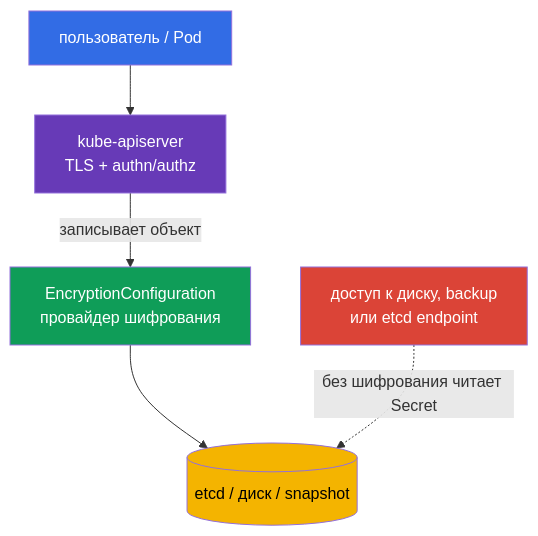
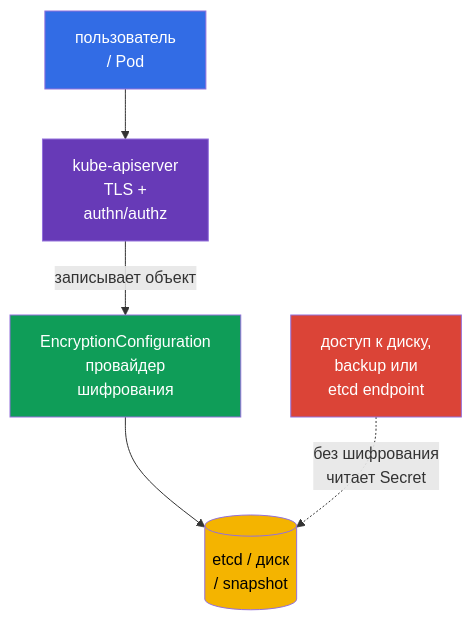
Before and after one commit to ViktorUJ/cks: the first of 4 diagrams in tasks/cks/course/21/ru.md, drawn with Mermaid. The commit also changed other lines of this file and 6 other files, not shown here.

````diff
--- a/tasks/cks/course/21/ru.md
+++ b/tasks/cks/course/21/ru.md
@@ -35,12 +35,12 @@
 ```mermaid
 flowchart TB
-    user["пользователь / Pod"] --> api["kube-apiserver<br/>TLS + authn/authz"]
-    api -->|"записывает объект"| enc["EncryptionConfiguration<br/>провайдер шифрования"]
-    enc --> etcd[("etcd / диск / snapshot")]
-    attacker["доступ к диску, backup<br/>или etcd endpoint"] -. "без шифрования читает Secret" .-> etcd
+    user["пользователь<br/>/ Pod"] --> api["kube-apiserver<br/>TLS +<br/>authn/authz"]
+    api -->|"записывает объект"| enc["EncryptionConfiguration<br/>провайдер<br/>шифрования"]
+    enc --> etcd[("etcd / диск<br/>/ snapshot")]
+    attacker["доступ к диску,<br/>backup или<br/>etcd endpoint"] -. "без шифрования<br/>читает Secret" .-> etcd
     style user fill:#326ce5,color:#fff
     style api fill:#673ab7,color:#fff
     style enc fill:#0f9d58,color:#fff
     style etcd fill:#f4b400,color:#000
     style attacker fill:#db4437,color:#fff
 ```
````
